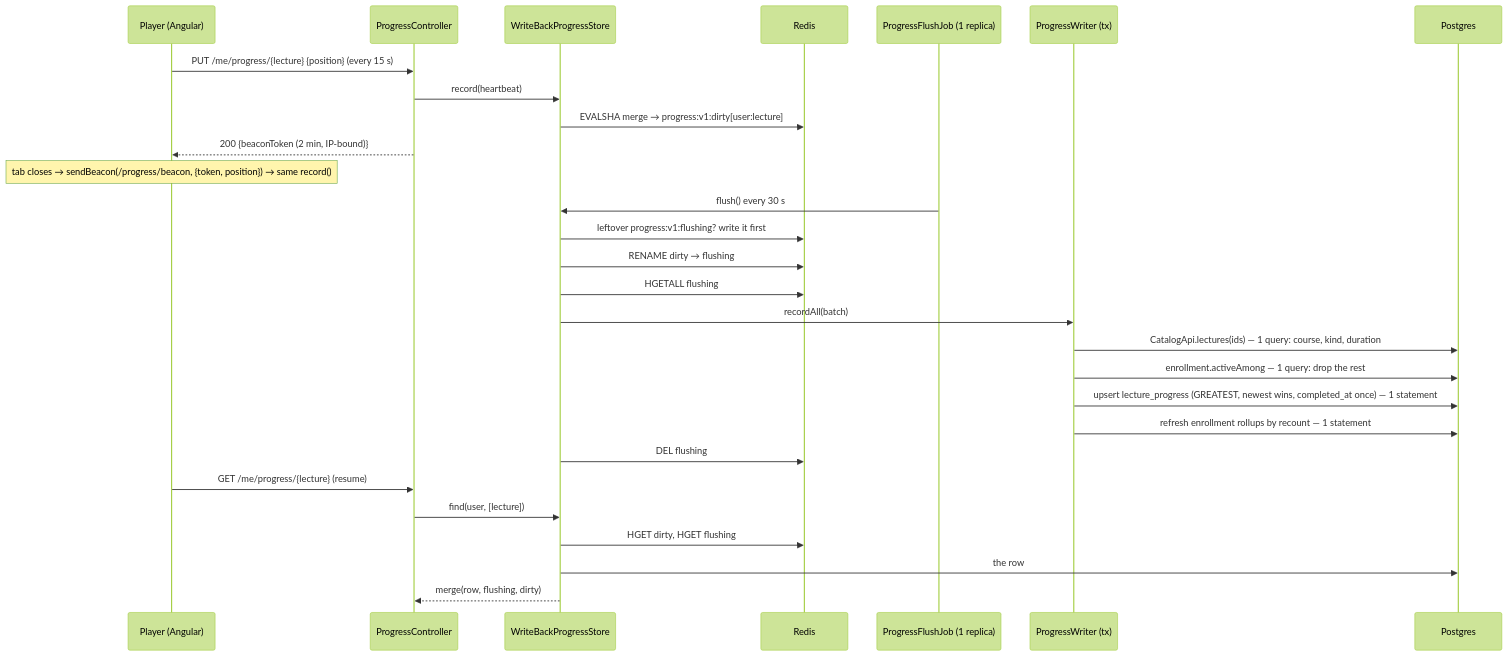
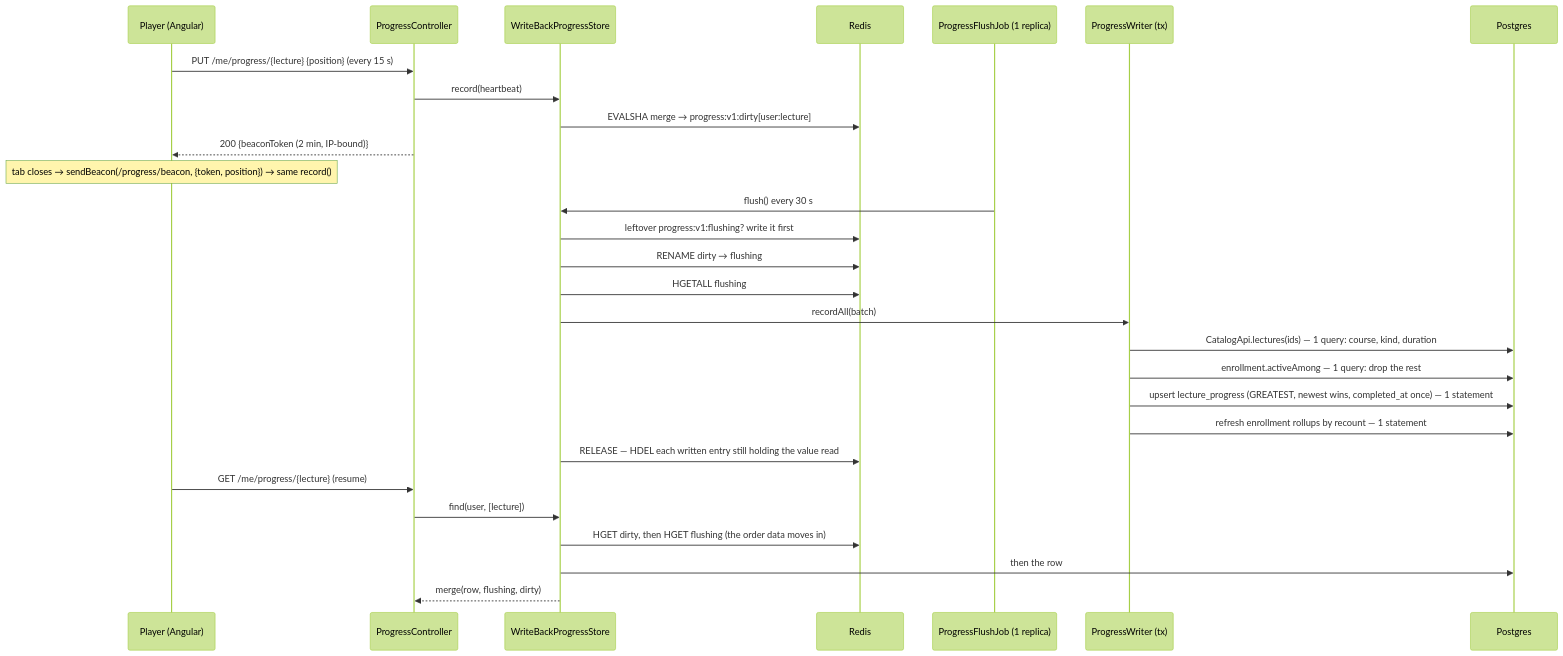
The third of 3 diagrams in docs/lld/progress.md (b-nimai/Masternova-Spring), drawn with Mermaid (forest theme) before and after one commit. The commit also changed other lines of this file and 26 other files, not shown here.

````diff
--- a/docs/lld/progress.md
+++ b/docs/lld/progress.md
@@ -154,30 +154,30 @@
 ```mermaid
 sequenceDiagram
   participant B as Player (Angular)
   participant H as ProgressController
   participant W as WriteBackProgressStore
   participant R as Redis
   participant F as ProgressFlushJob (1 replica)
   participant PW as ProgressWriter (tx)
   participant DB as Postgres
   B->>H: PUT /me/progress/{lecture} {position} (every 15 s)
   H->>W: record(heartbeat)
   W->>R: EVALSHA merge → progress:v1:dirty[user:lecture]
   H-->>B: 200 {beaconToken (2 min, IP-bound)}
   Note over B: tab closes → sendBeacon(/progress/beacon, {token, position}) → same record()
   F->>W: flush() every 30 s
   W->>R: leftover progress:v1:flushing? write it first
   W->>R: RENAME dirty → flushing
   W->>R: HGETALL flushing
   W->>PW: recordAll(batch)
   PW->>DB: CatalogApi.lectures(ids) — 1 query: course, kind, duration
   PW->>DB: enrollment.activeAmong — 1 query: drop the rest
   PW->>DB: upsert lecture_progress (GREATEST, newest wins, completed_at once) — 1 statement
   PW->>DB: refresh enrollment rollups by recount — 1 statement
-  W->>R: DEL flushing
+  W->>R: RELEASE — HDEL each written entry still holding the value read
   B->>H: GET /me/progress/{lecture} (resume)
   H->>W: find(user, [lecture])
-  W->>R: HGET dirty, HGET flushing
-  W->>DB: the row
+  W->>R: HGET dirty, then HGET flushing (the order data moves in)
+  W->>DB: then the row
   W-->>H: merge(row, flushing, dirty)
 ```
````
